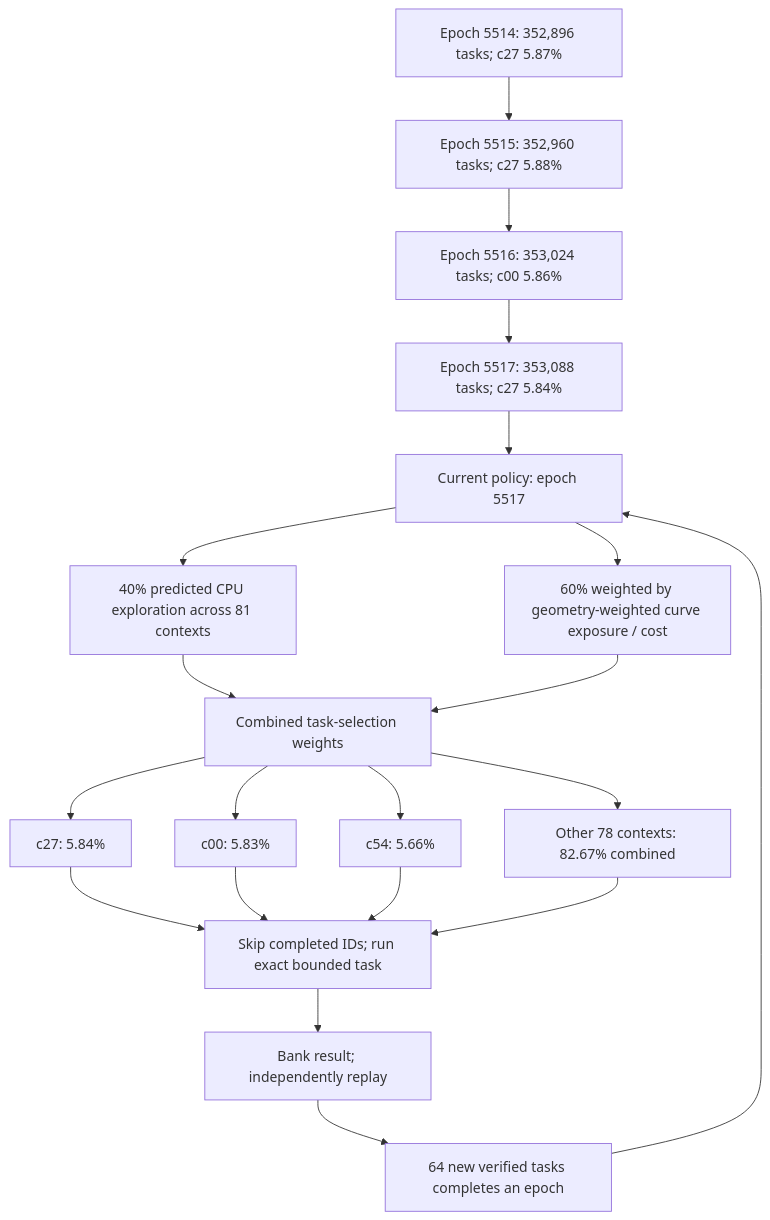
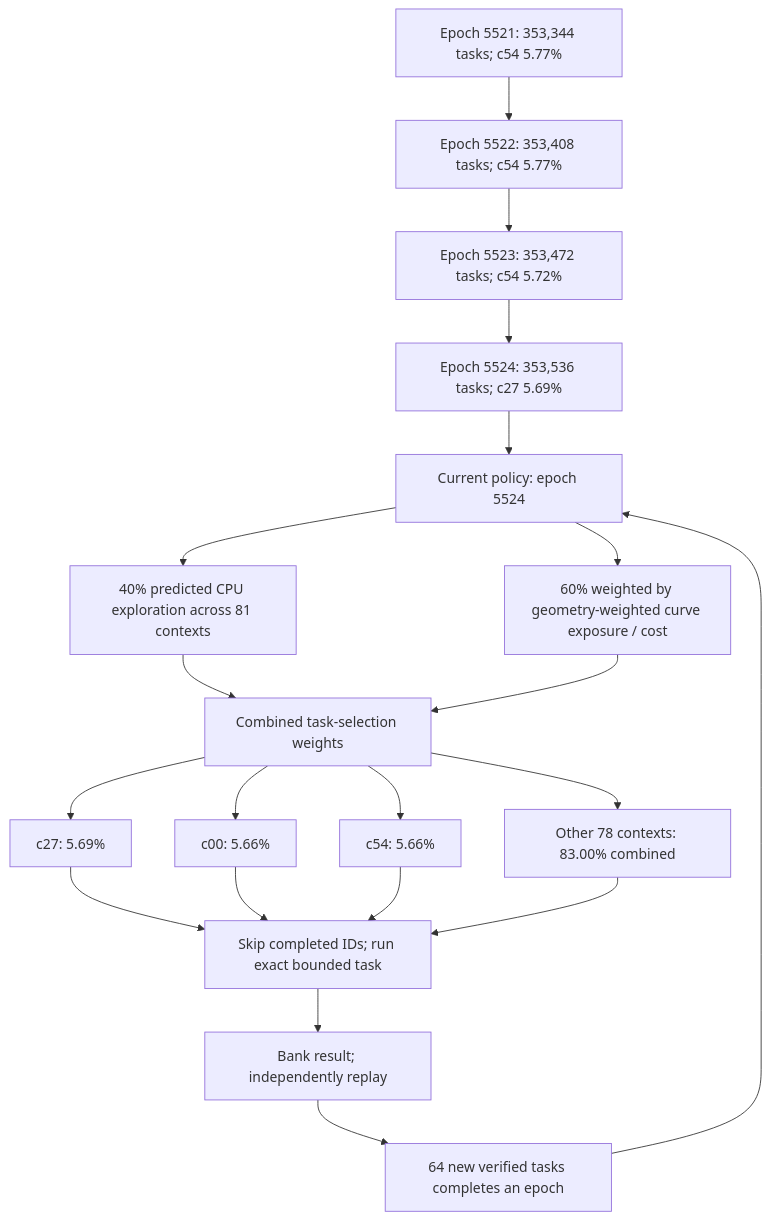
One commit to Kuberwastaken/math-gambling changed the first of 3 diagrams in README.md. Above: the diagram before and after it, drawn with Mermaid. The commit also changed other lines of this file and 1202 other files, not shown here.

````diff
--- a/README.md
+++ b/README.md
@@ -60,27 +60,27 @@
 ```mermaid
 flowchart TD
-    H0["Epoch 5514: 352,896 tasks; c27 5.87%"]
-    H1["Epoch 5515: 352,960 tasks; c27 5.88%"]
+    H0["Epoch 5521: 353,344 tasks; c54 5.77%"]
+    H1["Epoch 5522: 353,408 tasks; c54 5.77%"]
     H0 --> H1
-    H2["Epoch 5516: 353,024 tasks; c00 5.86%"]
+    H2["Epoch 5523: 353,472 tasks; c54 5.72%"]
     H1 --> H2
-    H3["Epoch 5517: 353,088 tasks; c27 5.84%"]
+    H3["Epoch 5524: 353,536 tasks; c27 5.69%"]
     H2 --> H3
-    Policy["Current policy: epoch 5517"]
+    Policy["Current policy: epoch 5524"]
     H3 --> Policy
     Policy --> Explore["40% predicted CPU exploration across 81 contexts"]
     Policy --> Cost["60% weighted by geometry-weighted curve exposure / cost"]
     Explore --> Mix["Combined task-selection weights"]
     Cost --> Mix
-    Mix --> C0["c27: 5.84%"]
-    Mix --> C1["c00: 5.83%"]
+    Mix --> C0["c27: 5.69%"]
+    Mix --> C1["c00: 5.66%"]
     Mix --> C2["c54: 5.66%"]
-    Mix --> Rest["Other 78 contexts: 82.67% combined"]
+    Mix --> Rest["Other 78 contexts: 83.00% combined"]
     C0 --> Check["Skip completed IDs; run exact bounded task"]
     C1 --> Check
     C2 --> Check
     Rest --> Check
     Check --> Replay["Bank result; independently replay"]
     Replay --> Gate["64 new verified tasks completes an epoch"]
     Gate --> Policy
 ```
````
